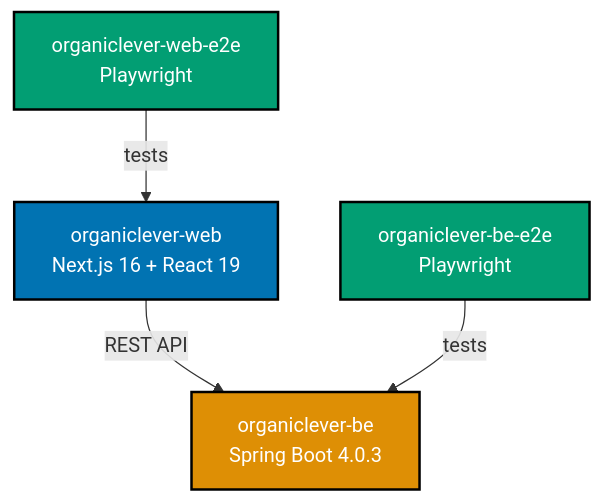
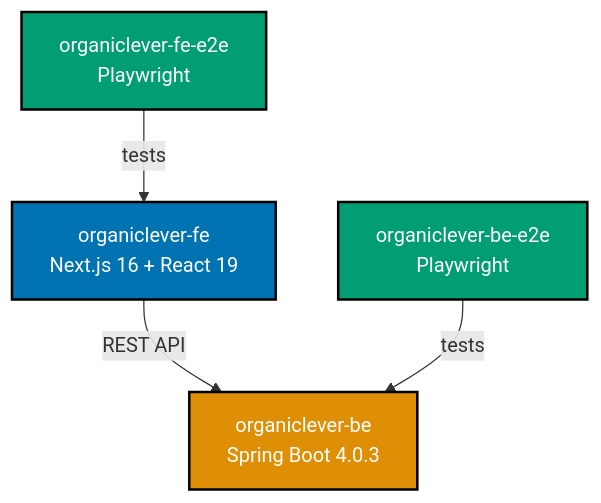
One commit to wahidyankf/open-sharia-enterprise changed the first of 2 diagrams in apps/oseplatform-web/content/updates/2026-03-08-phase-1-week-4-organiclever-takes-shape.md. Above: the diagram before and after it, drawn with Mermaid. The commit also changed other lines of this file and 338 other files, not shown here.

````diff
--- a/apps/oseplatform-web/content/updates/2026-03-08-phase-1-week-4-organiclever-takes-shape.md
+++ b/apps/oseplatform-web/content/updates/2026-03-08-phase-1-week-4-organiclever-takes-shape.md
@@ -31,16 +31,16 @@
 ```mermaid
 %% Color Palette: Blue #0173B2 (frontend), Orange #DE8F05 (backend), Teal #029E73 (testing)
 graph TD
-    OW["organiclever-web<br/>Next.js 16 + React 19"]:::frontend
+    OW["organiclever-fe<br/>Next.js 16 + React 19"]:::frontend
     OB["organiclever-be<br/>Spring Boot 4.0.3"]:::backend
-    OWE["organiclever-web-e2e<br/>Playwright"]:::testing
+    OWE["organiclever-fe-e2e<br/>Playwright"]:::testing
     OBE["organiclever-be-e2e<br/>Playwright"]:::testing
 
     OW -->|"REST API"| OB
     OWE -->|"tests"| OW
     OBE -->|"tests"| OB
 
     classDef frontend fill:#0173B2,stroke:#000000,color:#FFFFFF,stroke-width:2px
     classDef backend fill:#DE8F05,stroke:#000000,color:#FFFFFF,stroke-width:2px
     classDef testing fill:#029E73,stroke:#000000,color:#FFFFFF,stroke-width:2px
 ```
````
